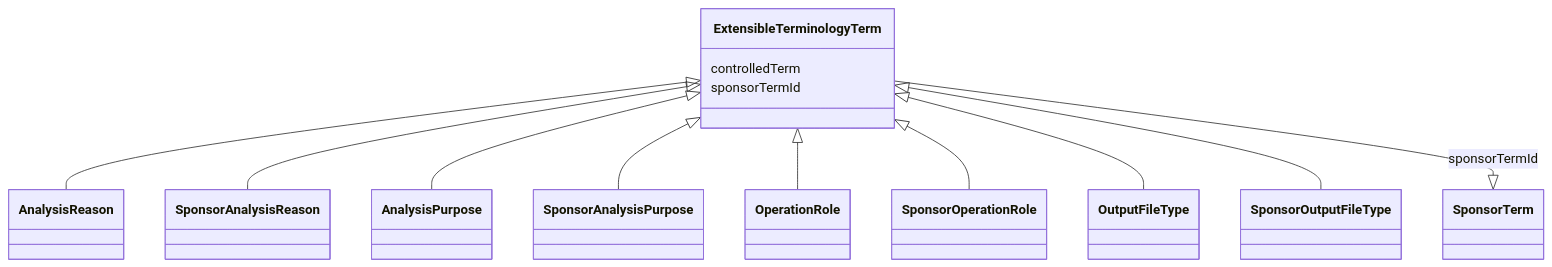
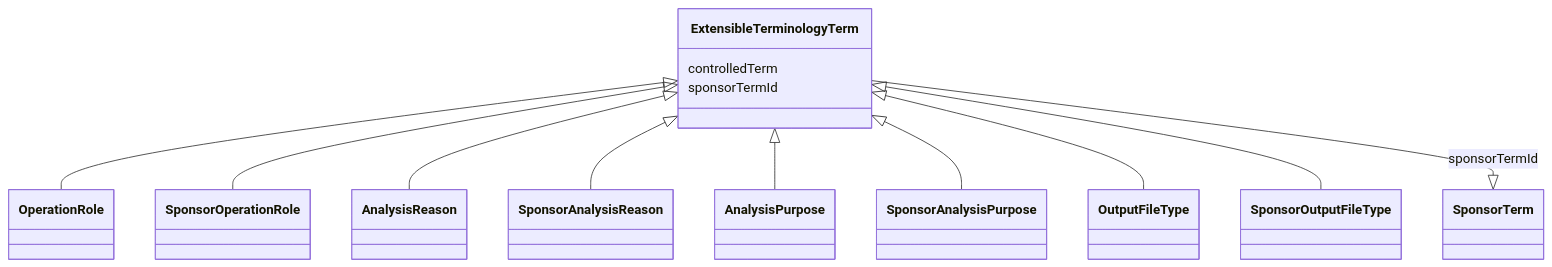
One commit to cdisc-org/analysis-results-standard changed the diagram in project/docs/ExtensibleTerminologyTerm.md. Above: the diagram before and after it, drawn with Mermaid. The commit also changed other lines of this file and 192 other files, not shown here.

````diff
--- a/project/docs/ExtensibleTerminologyTerm.md
+++ b/project/docs/ExtensibleTerminologyTerm.md
@@ -17,20 +13,16 @@
 ```mermaid
  classDiagram
     class ExtensibleTerminologyTerm
+      ExtensibleTerminologyTerm <|-- OperationRole
+      ExtensibleTerminologyTerm <|-- SponsorOperationRole
       ExtensibleTerminologyTerm <|-- AnalysisReason
       ExtensibleTerminologyTerm <|-- SponsorAnalysisReason
       ExtensibleTerminologyTerm <|-- AnalysisPurpose
       ExtensibleTerminologyTerm <|-- SponsorAnalysisPurpose
-      ExtensibleTerminologyTerm <|-- OperationRole
-      ExtensibleTerminologyTerm <|-- SponsorOperationRole
       ExtensibleTerminologyTerm <|-- OutputFileType
       ExtensibleTerminologyTerm <|-- SponsorOutputFileType
-      
-      ExtensibleTerminologyTerm : controlledTerm
+      ExtensibleTerminologyTerm : controlledTerm        
+        ExtensibleTerminologyTerm : sponsorTermId        
+        ExtensibleTerminologyTerm --|> SponsorTerm : sponsorTermId
         
-      ExtensibleTerminologyTerm : sponsorTermId
-        
-          ExtensibleTerminologyTerm --|> SponsorTerm : sponsorTermId
-        
-      
 ```
````
